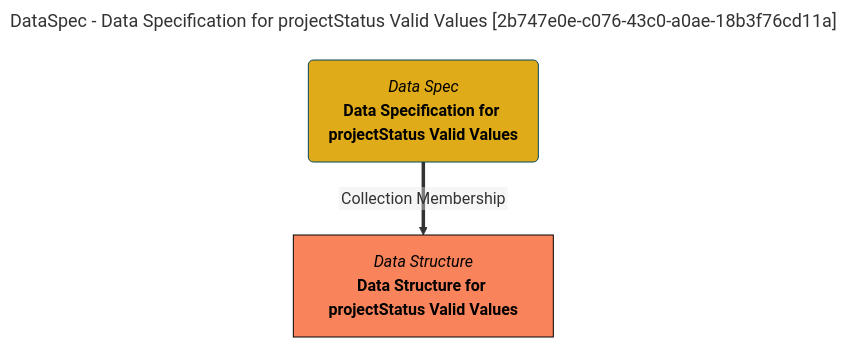
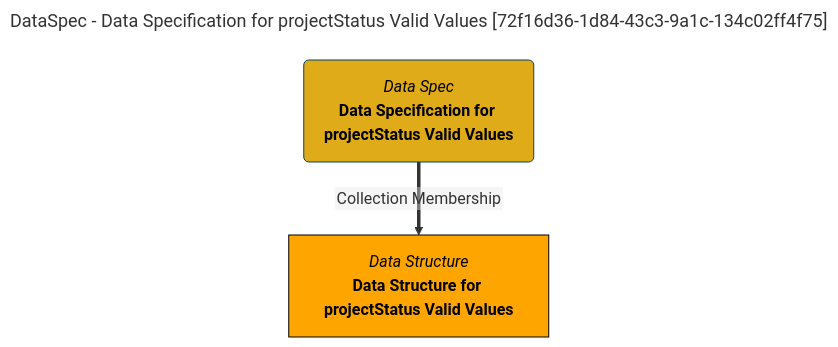
One commit to odpi/egeria-docs changed the diagram in site/snippets/collections/data-specs/data-specification-for-projectstatus-valid-values-mermaid-graph.md. Above: the diagram before and after it, drawn with Mermaid. The commit also changed 2201 other files, not shown here.

````diff
--- a/site/snippets/collections/data-specs/data-specification-for-projectstatus-valid-values-mermaid-graph.md
+++ b/site/snippets/collections/data-specs/data-specification-for-projectstatus-valid-values-mermaid-graph.md
@@ -1,15 +1,15 @@
 ```mermaid
 ---
-title: DataSpec - Data Specification for projectStatus Valid Values [2b747e0e-c076-43c0-a0ae-18b3f76cd11a]
+title: DataSpec - Data Specification for projectStatus Valid Values [72f16d36-1d84-43c3-9a1c-134c02ff4f75]
 ---
 flowchart TD
 %%{init: {"flowchart": {"htmlLabels": false}} }%%
 
 1@{ shape: rounded, label: "*Data Spec*
 **Data Specification for projectStatus Valid Values**"}
 2@{ shape: rect, label: "*Data Structure*
 **Data Structure for projectStatus Valid Values**"}
 1==>|"Collection Membership"|2
 style 1 color:#000000, fill:#e0ab18, stroke:#004563
-style 2 color:#000000, fill:#f9845b, stroke:#000000
+style 2 color:#000000, fill:#FFA500, stroke:#000000
 ```
````
